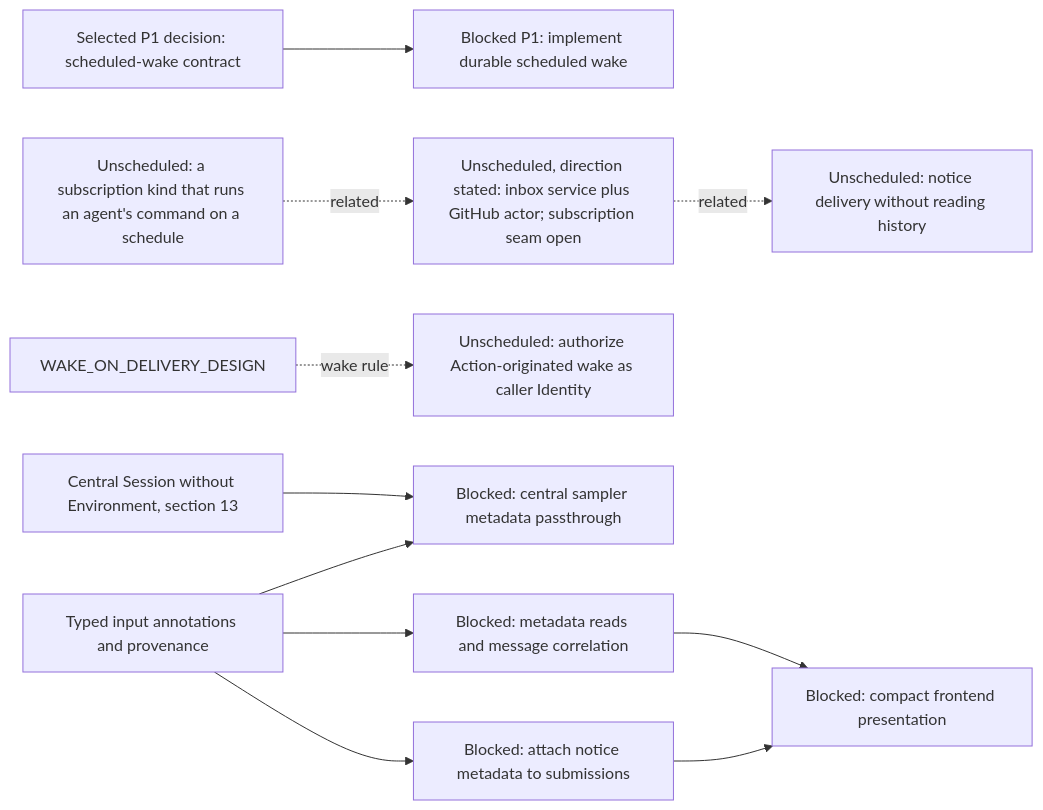
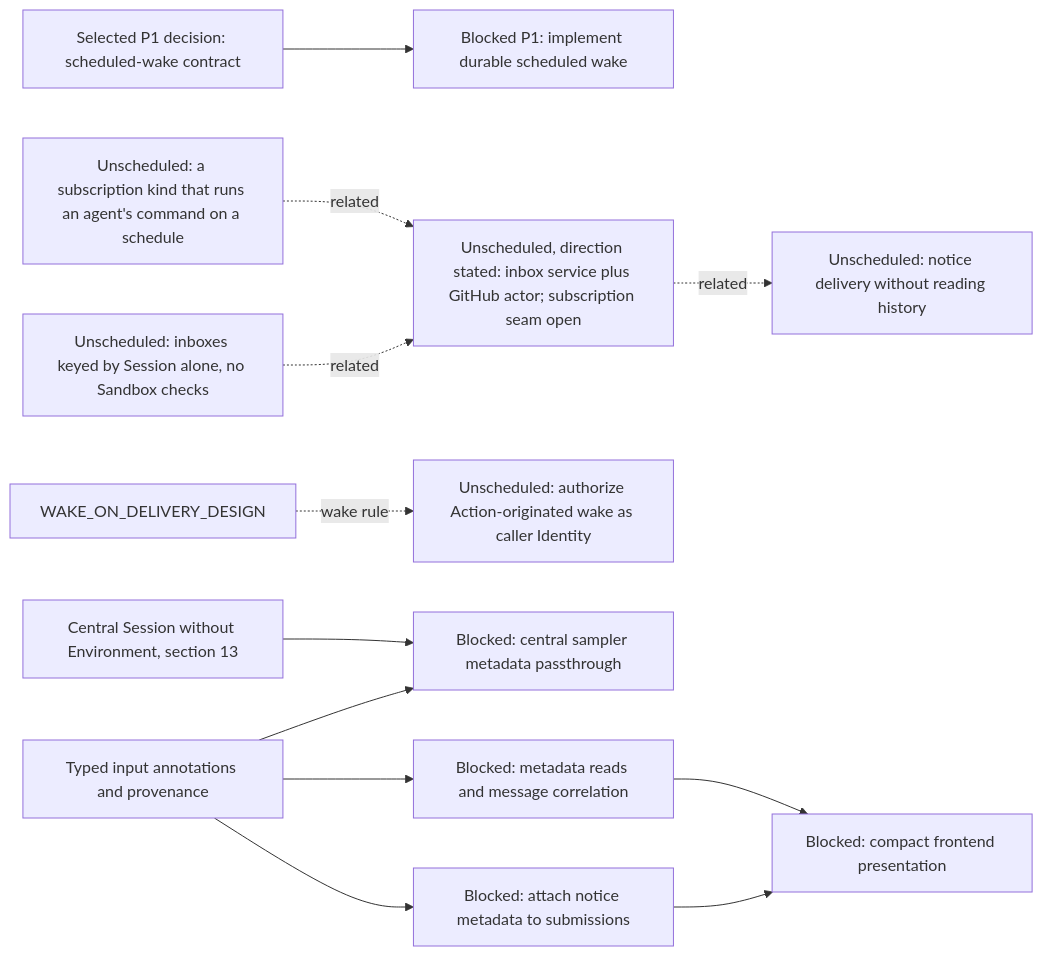
One commit to agentydragon/ducktape changed the fourth of 20 diagrams in agentplane/plans/task_dag.md. Above: the diagram before and after it, drawn with Mermaid. The commit also changed other lines of this file and 1 other file, not shown here.

First line of the commit message:
Track keying inboxes by Session alone in the task DAG

````diff
--- a/agentplane/plans/task_dag.md
+++ b/agentplane/plans/task_dag.md
@@ -301,25 +303,27 @@
 ```mermaid
 flowchart LR
     SCHEDULED_AGENT_WAKE_DESIGN[Selected P1 decision: scheduled-wake contract]
     SCHEDULED_AGENT_WAKE[Blocked P1: implement durable scheduled wake]
     SCHEDULED_AGENT_WAKE_DESIGN --> SCHEDULED_AGENT_WAKE
     NOTIFICATION_COMMAND_OUTCOME_DESIGN[Unscheduled: notice delivery without reading history]
     NOTIFICATION_SERVICE_SPLIT[Unscheduled, direction stated: inbox service plus GitHub actor; subscription seam open]
     NOTIFICATION_SERVICE_SPLIT -. related .-> NOTIFICATION_COMMAND_OUTCOME_DESIGN
     COMMAND_WATCH_SUBSCRIPTION_DESIGN[Unscheduled: a subscription kind that runs an agent's command on a schedule]
     COMMAND_WATCH_SUBSCRIPTION_DESIGN -. related .-> NOTIFICATION_SERVICE_SPLIT
+    INBOX_SESSION_KEYING[Unscheduled: inboxes keyed by Session alone, no Sandbox checks]
+    INBOX_SESSION_KEYING -. related .-> NOTIFICATION_SERVICE_SPLIT
     ACTION_WAKE_AS_IDENTITY[Unscheduled: authorize Action-originated wake as caller Identity]
     WAKE_ON_DELIVERY_DESIGN -. wake rule .-> ACTION_WAKE_AS_IDENTITY
     SESSION_INPUT_METADATA[Typed input annotations and provenance]
     CENTRAL_SESSION_WITHOUT_ENVIRONMENT[Central Session without Environment, section 13]
     CENTRAL_SESSION_INPUT_METADATA[Blocked: central sampler metadata passthrough]
     SESSION_INPUT_METADATA --> CENTRAL_SESSION_INPUT_METADATA
     CENTRAL_SESSION_WITHOUT_ENVIRONMENT --> CENTRAL_SESSION_INPUT_METADATA
     SESSION_INPUT_METADATA_READ[Blocked: metadata reads and message correlation]
     NOTIFICATION_NOTICE_METADATA[Blocked: attach notice metadata to submissions]
     NOTIFICATION_PRESENTATION[Blocked: compact frontend presentation]
     SESSION_INPUT_METADATA --> SESSION_INPUT_METADATA_READ
     SESSION_INPUT_METADATA --> NOTIFICATION_NOTICE_METADATA
     SESSION_INPUT_METADATA_READ --> NOTIFICATION_PRESENTATION
     NOTIFICATION_NOTICE_METADATA --> NOTIFICATION_PRESENTATION
 ```
````
